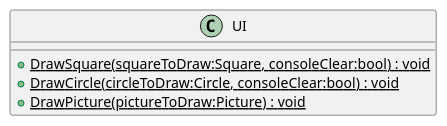
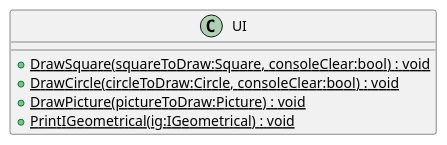
One commit to 19vano97/levelUpOOP changed the diagram in plantuml/20240701_HW_Inheritence/UI.puml. Above: the diagram before and after it, drawn with PlantUML. The commit also changed 30 other files, not shown here.

Commit message:
fix galaga to fraw a class diagram

```diff
--- a/plantuml/20240701_HW_Inheritence/UI.puml
+++ b/plantuml/20240701_HW_Inheritence/UI.puml
@@ -1,7 +1,8 @@
 @startuml
 class UI {
     + {static} DrawSquare(squareToDraw:Square, consoleClear:bool) : void
     + {static} DrawCircle(circleToDraw:Circle, consoleClear:bool) : void
     + {static} DrawPicture(pictureToDraw:Picture) : void
+    + {static} PrintIGeometrical(ig:IGeometrical) : void
 }
 @enduml
```
